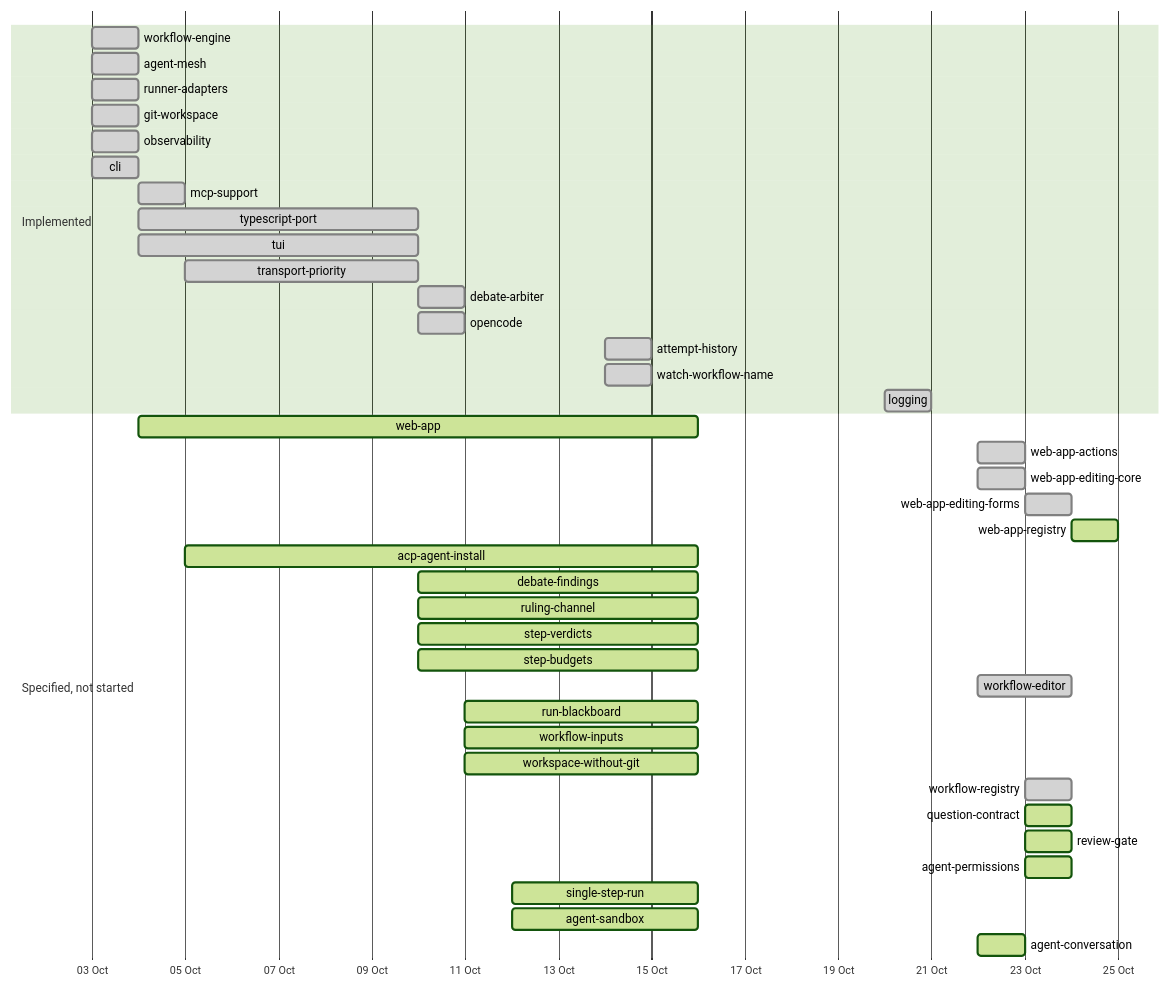
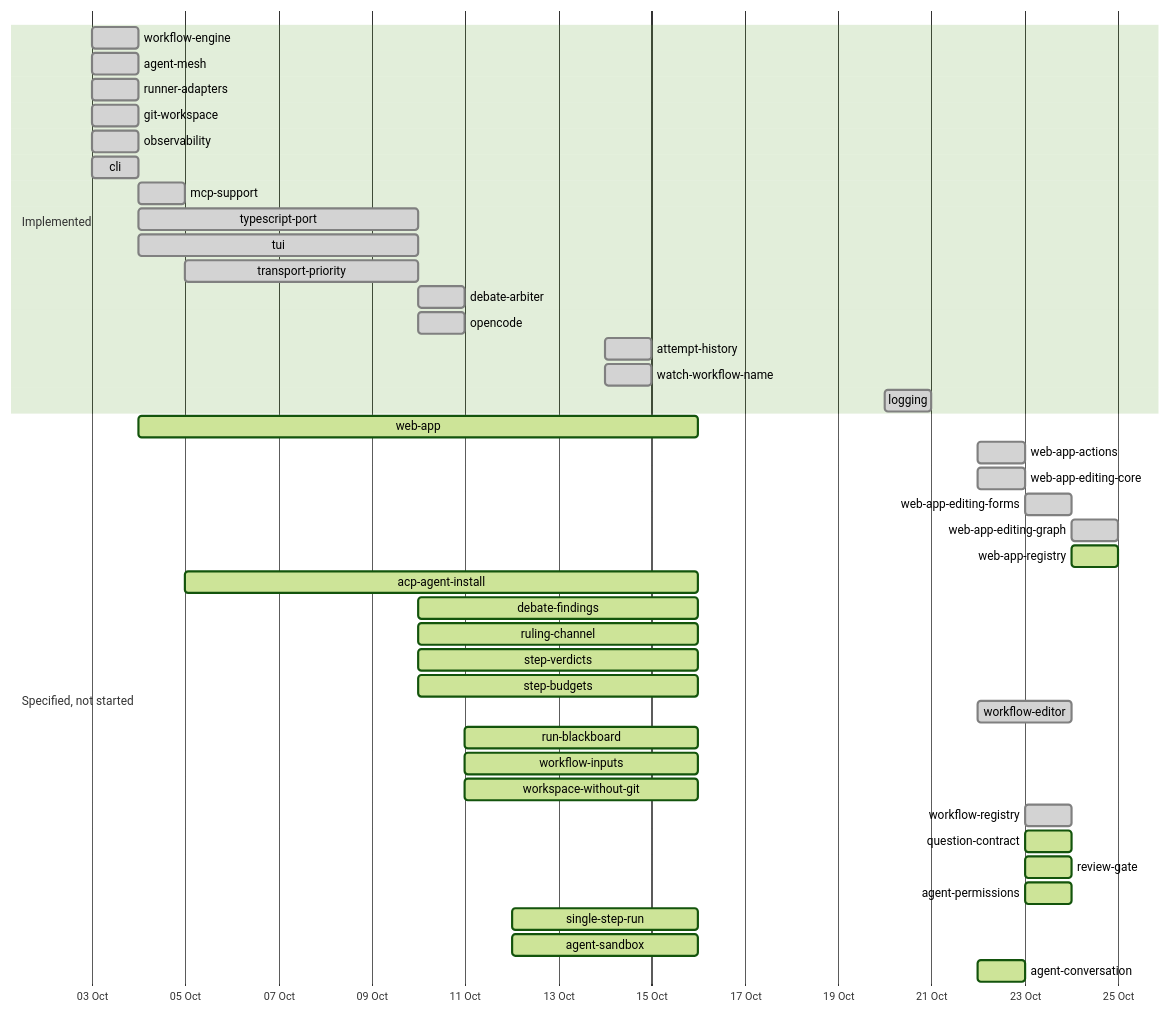
The second of 2 diagrams in specs/DEPENDENCY_MAP.md (yaotzin1/indaba), drawn with Mermaid (forest theme) before and after one commit. The commit also changed other lines of this file and 18 other files, not shown here.

First line of the commit message:
feat(web): edit a workflow on the graph (step 3c) (#83)

````diff
--- a/specs/DEPENDENCY_MAP.md
+++ b/specs/DEPENDENCY_MAP.md
@@ -71,43 +71,44 @@
 ```mermaid
 gantt
     dateFormat YYYY-MM-DD
     axisFormat %d %b
     section Implemented
     workflow-engine        :done, 2026-10-03, 2026-10-04
     agent-mesh             :done, 2026-10-03, 2026-10-04
     runner-adapters        :done, 2026-10-03, 2026-10-04
     git-workspace          :done, 2026-10-03, 2026-10-04
     observability          :done, 2026-10-03, 2026-10-04
     cli                    :done, 2026-10-03, 2026-10-04
     mcp-support            :done, 2026-10-04, 1d
     typescript-port        :done, 2026-10-04, 2026-10-10
     tui                    :done, 2026-10-04, 2026-10-10
     transport-priority     :done, 2026-10-05, 2026-10-10
     debate-arbiter         :done, 2026-10-10, 1d
     opencode               :done, 2026-10-10, 1d
     attempt-history        :done, 2026-10-14, 1d
     watch-workflow-name    :done, 2026-10-14, 1d
     logging                :done, 2026-10-20, 2026-10-21
     section Specified, not started
     web-app                :active, 2026-10-04, 2026-10-16
     web-app-actions        :done, 2026-10-22, 1d
     web-app-editing-core   :done, 2026-10-22, 1d
     web-app-editing-forms  :done, 2026-10-23, 1d
+    web-app-editing-graph  :done, 2026-10-24, 1d
     web-app-registry       :active, 2026-10-24, 1d
     acp-agent-install      :active, 2026-10-05, 2026-10-16
     debate-findings        :active, 2026-10-10, 2026-10-16
     ruling-channel         :active, 2026-10-10, 2026-10-16
     step-verdicts          :active, 2026-10-10, 2026-10-16
     step-budgets           :active, 2026-10-10, 2026-10-16
     workflow-editor        :done, 2026-10-22, 2d
     run-blackboard         :active, 2026-10-11, 2026-10-16
     workflow-inputs        :active, 2026-10-11, 2026-10-16
     workspace-without-git  :active, 2026-10-11, 2026-10-16
     workflow-registry      :done, 2026-10-23, 1d
     question-contract      :active, 2026-10-23, 2026-10-24
     review-gate            :active, 2026-10-23, 2026-10-24
     agent-permissions      :active, 2026-10-23, 2026-10-24
     single-step-run        :active, 2026-10-12, 2026-10-16
     agent-sandbox          :active, 2026-10-12, 2026-10-16
     agent-conversation     :active, 2026-10-22, 2026-10-23
 ```
````
